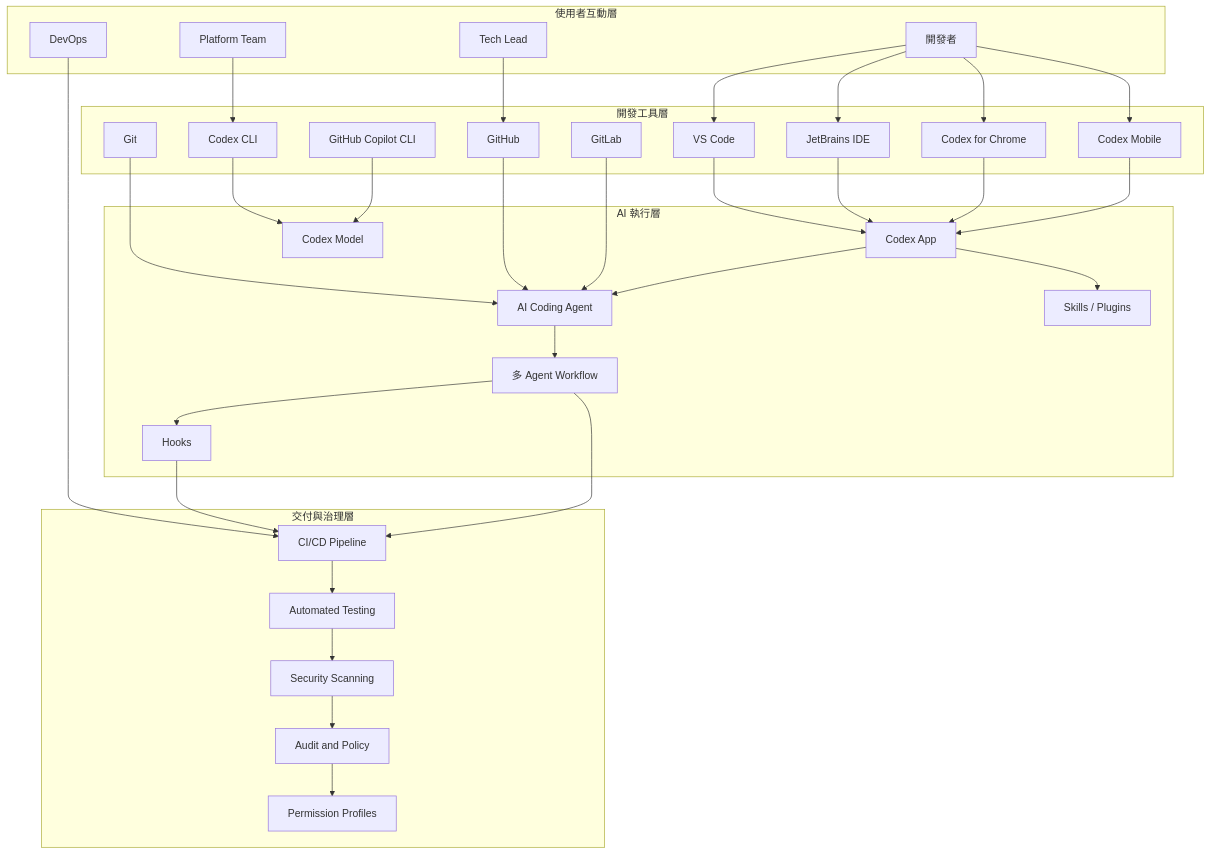
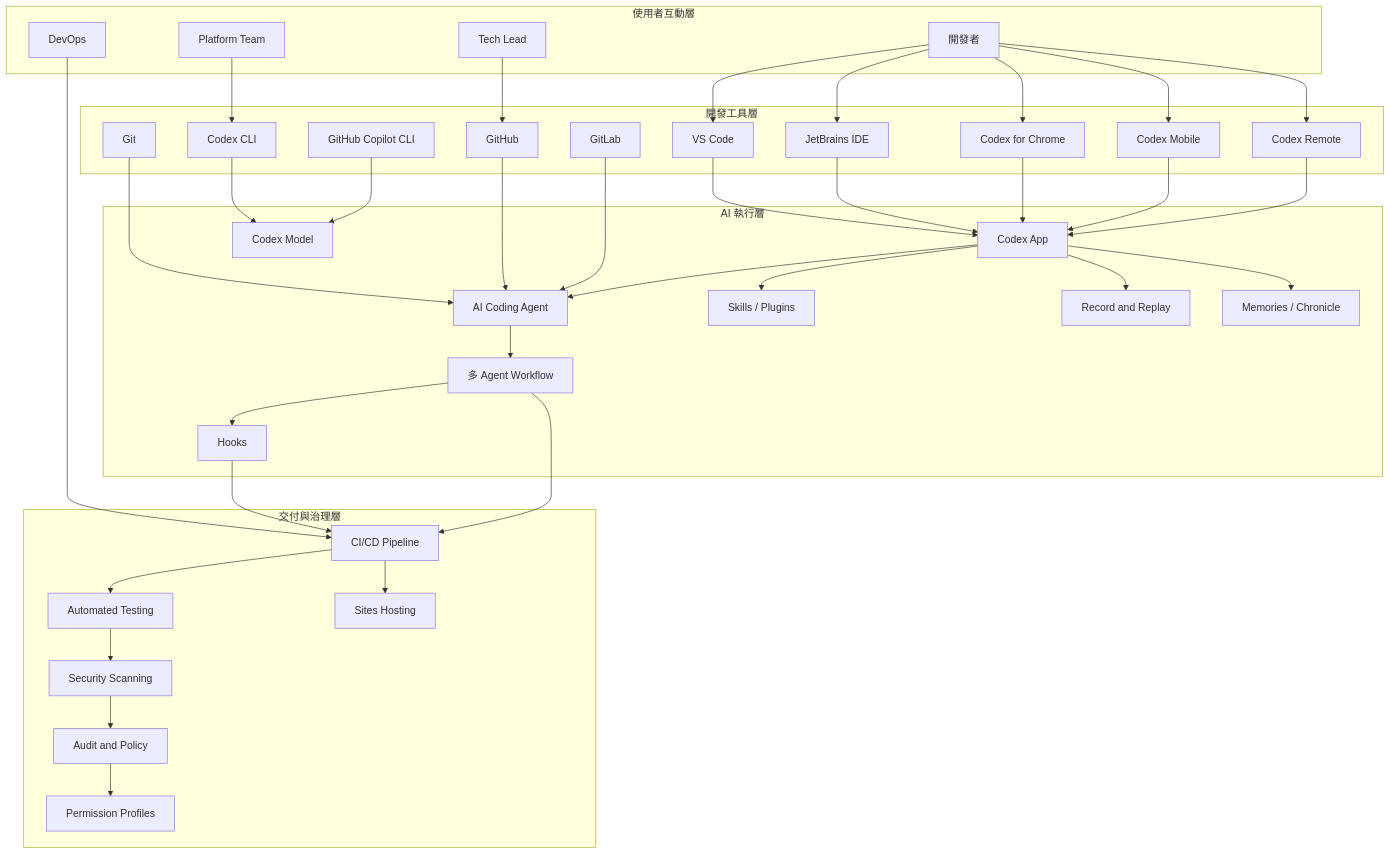
One commit to chihhung/Blog changed the first of 22 diagrams in content/posts/教學/AI開發/OpenAI Codex生態系教學手冊.md. Above: the diagram before and after it, drawn with Mermaid. The commit also changed other lines of this file and 22 other files, not shown here.

````diff
--- a/content/posts/教學/AI開發/OpenAI Codex生態系教學手冊.md
+++ b/content/posts/教學/AI開發/OpenAI Codex生態系教學手冊.md
@@ -598,65 +625,74 @@
 ```mermaid
 graph TB
     subgraph 使用者互動層
         U1[開發者]
         U2[Tech Lead]
         U3[Platform Team]
         U4[DevOps]
     end
 
     subgraph 開發工具層
         I1[VS Code]
         I2[JetBrains IDE]
         C1[Codex CLI]
         C2[GitHub Copilot CLI]
         G1[Git]
         G2[GitHub]
         G3[GitLab]
         CR[Codex for Chrome]
         MB[Codex Mobile]
+        RM[Codex Remote]
     end
 
     subgraph AI 執行層
         A1[Codex App]
         A2[Codex Model]
         A3[AI Coding Agent]
         A4[多 Agent Workflow]
         SK[Skills / Plugins]
         HK[Hooks]
+        RR[Record and Replay]
+        MEM[Memories / Chronicle]
     end
 
     subgraph 交付與治理層
         D1[CI/CD Pipeline]
         D2[Automated Testing]
         D3[Security Scanning]
         D4[Audit and Policy]
         PP[Permission Profiles]
+        ST[Sites Hosting]
     end
 
     U1 --> I1
     U1 --> I2
     U1 --> CR
     U1 --> MB
+    U1 --> RM
     U2 --> G2
     U3 --> C1
     U4 --> D1
     I1 --> A1
     I2 --> A1
     CR --> A1
     MB --> A1
+    RM --> A1
     C1 --> A2
     C2 --> A2
     G1 --> A3
     G2 --> A3
     G3 --> A3
     A1 --> A3
     A1 --> SK
+    A1 --> RR
+    A1 --> MEM
     A3 --> A4
     A4 --> HK
     HK --> D1
     A4 --> D1
     D1 --> D2
+    D1 --> ST
     D2 --> D3
     D3 --> D4
     D4 --> PP
 ```
````
